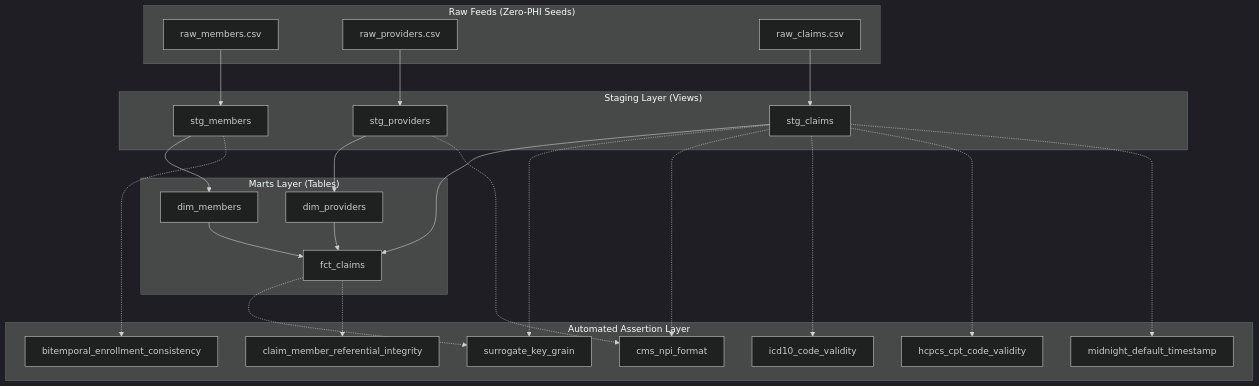
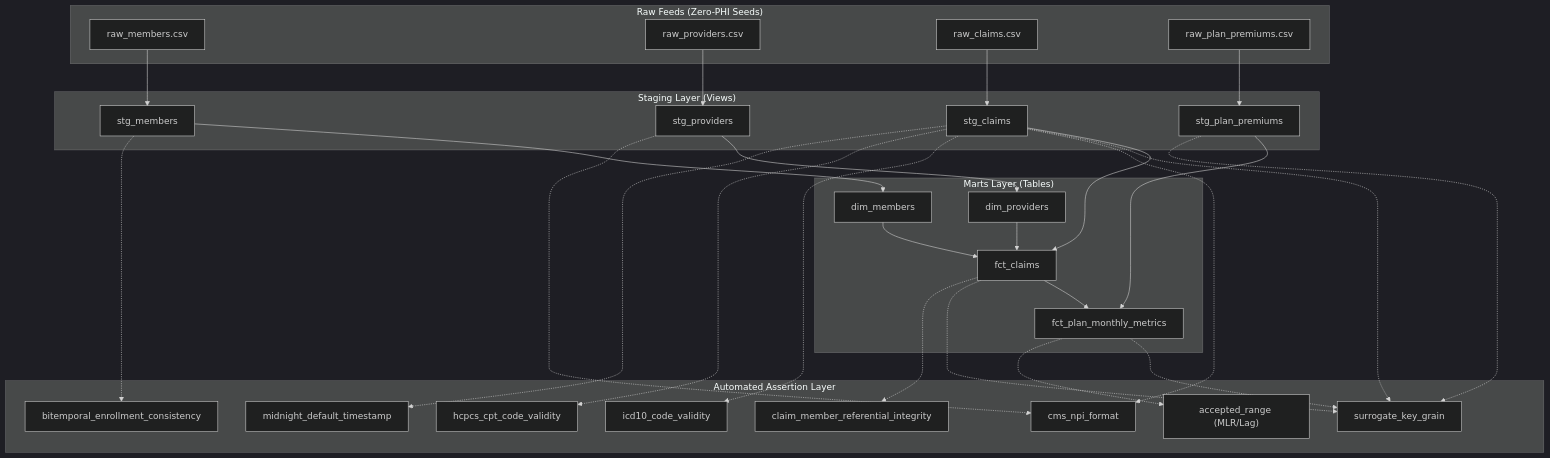
Before and after one commit to apratsunrthd/refhealth-starter-dbt-project: the diagram in ARCHITECTURE.md, drawn with Mermaid (dark theme). The commit also changed 10 other files, not shown here.

Commit message:
feat: add monthly financial and actuarial metrics mart (MLR, PMPM, lag percentiles) (#1)

````diff
--- a/ARCHITECTURE.md
+++ b/ARCHITECTURE.md
@@ -18,41 +18,49 @@
 ```mermaid
 flowchart TD
     subgraph Sources["Raw Feeds (Zero-PHI Seeds)"]
         M[raw_members.csv]
         P[raw_providers.csv]
         C[raw_claims.csv]
+        PR[raw_plan_premiums.csv]
     end
 
     subgraph Staging["Staging Layer (Views)"]
         SM[stg_members]
         SP[stg_providers]
         SC[stg_claims]
+        SPR[stg_plan_premiums]
     end
 
     subgraph Marts["Marts Layer (Tables)"]
         DM[dim_members]
         DP[dim_providers]
         FC[fct_claims]
+        FPM[fct_plan_monthly_metrics]
     end
 
     subgraph Tests["Automated Assertion Layer"]
         T1["surrogate_key_grain"]
         T2["bitemporal_enrollment_consistency"]
         T3["cms_npi_format"]
         T4["icd10_code_validity"]
         T5["hcpcs_cpt_code_validity"]
         T6["midnight_default_timestamp"]
         T7["claim_member_referential_integrity"]
+        T8["accepted_range (MLR/Lag)"]
     end
 
     M --> SM --> DM
     P --> SP --> DP
     C --> SC --> FC
+    PR --> SPR --> FPM
     DM --> FC
     DP --> FC
+    FC --> FPM
 
     SM -.-> T2
     SP -.-> T3
     SC -.-> T1 & T3 & T4 & T5 & T6
+    SPR -.-> T1
     FC -.-> T1 & T7
+    FPM -.-> T1 & T8
 ```
````
